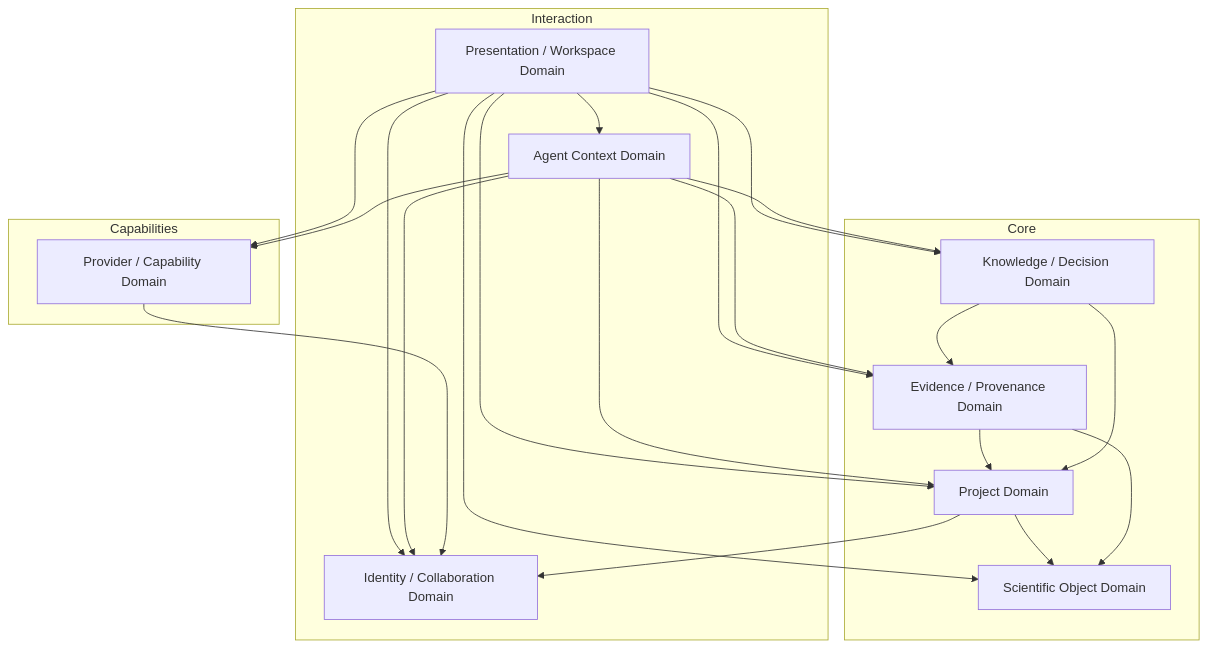
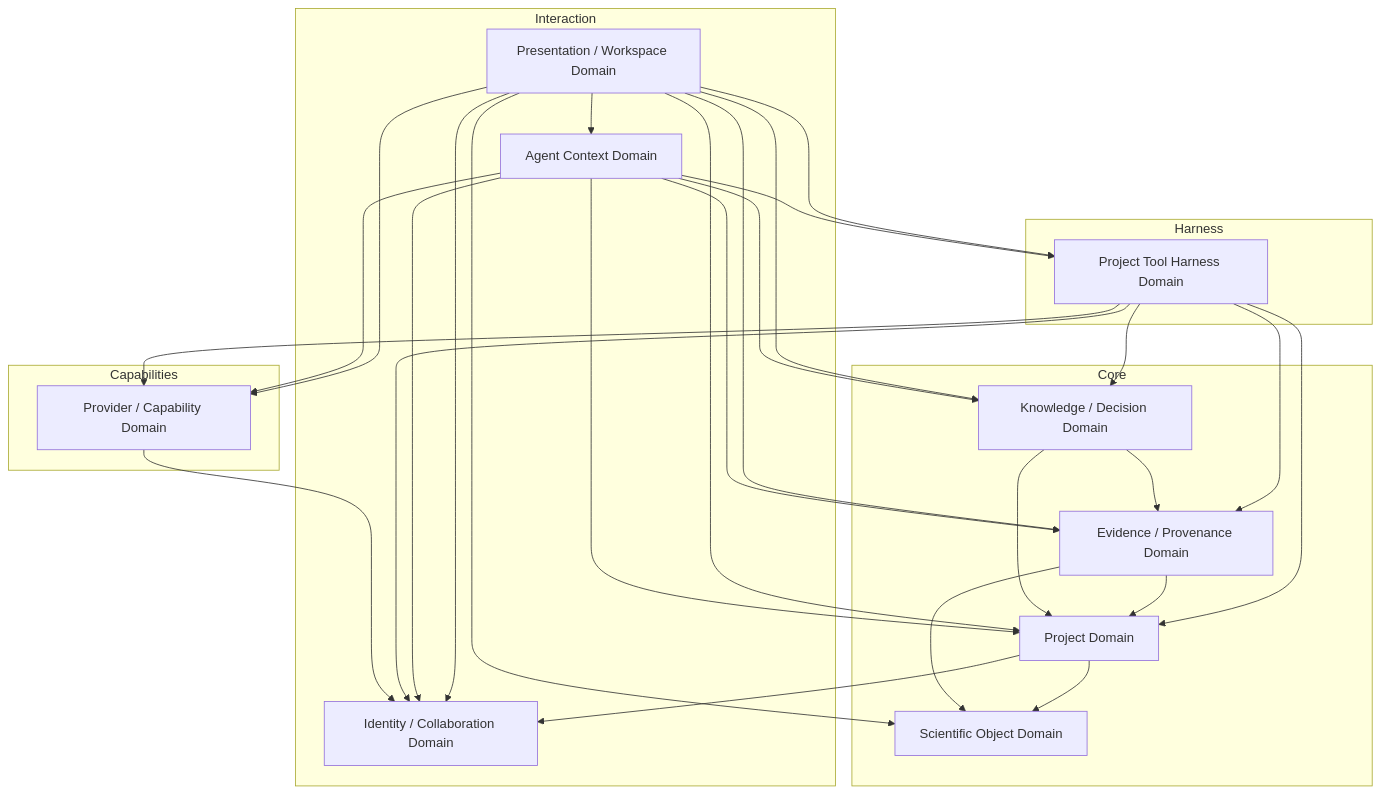
The second of 6 diagrams in docs/architecture/SYSTEM_ARCHITECTURE.md (YaoYinYing/REvoLab), drawn with Mermaid before and after one commit. The commit also changed other lines of this file and 51 other files, not shown here.

First line of the commit message:
feat(phase 7): add project tool harness and analysis runtime (#8)

````diff
--- a/docs/architecture/SYSTEM_ARCHITECTURE.md
+++ b/docs/architecture/SYSTEM_ARCHITECTURE.md
@@ -72,44 +75,56 @@
 ```mermaid
 flowchart TB
     subgraph Core
         P["Project Domain"]
         SO["Scientific Object Domain"]
         EP["Evidence / Provenance Domain"]
         KD["Knowledge / Decision Domain"]
     end
 
     subgraph Capabilities
         PC["Provider / Capability Domain"]
+    end
+
+    subgraph Harness
+        PT["Project Tool Harness Domain"]
     end
 
     subgraph Interaction
         AC["Agent Context Domain"]
         IC["Identity / Collaboration Domain"]
         PW["Presentation / Workspace Domain"]
     end
 
     PW --> P
     PW --> SO
     PW --> EP
     PW --> KD
     PW --> PC
     PW --> AC
+    PW --> PT
     PW --> IC
 
     AC --> P
     AC --> EP
     AC --> KD
     AC --> PC
+    AC --> PT
     AC --> IC
+
+    PT --> P
+    PT --> EP
+    PT --> KD
+    PT --> PC
+    PT --> IC
 
     P --> IC
     P --> SO
 
     EP --> SO
     EP --> P
 
     KD --> EP
     KD --> P
 
     PC --> IC
 ```
````
